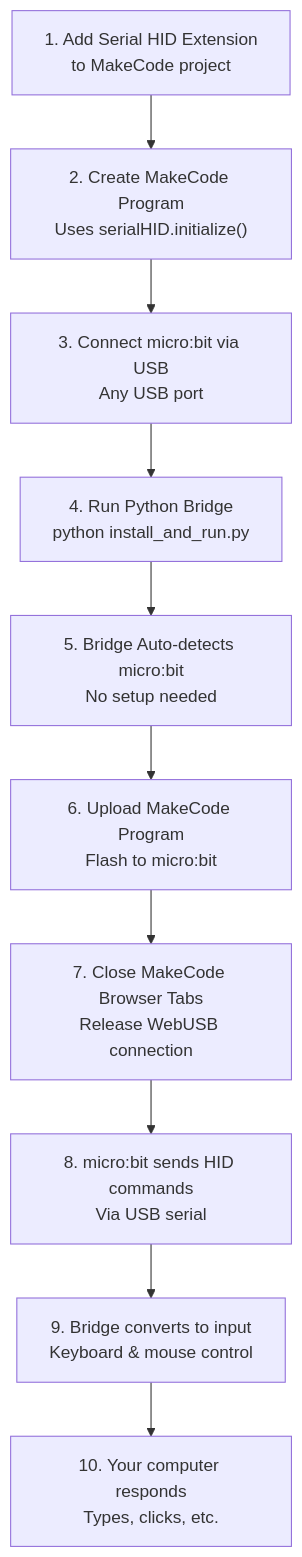
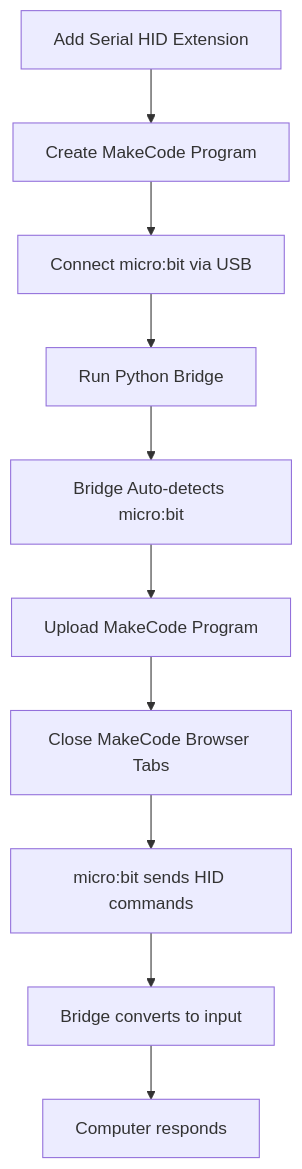
One commit to evotions/KeyboardEmu-for-BBC-Microbit changed the second of 2 diagrams in README.md. Above: the diagram before and after it, drawn with Mermaid.

````diff
--- a/README.md
+++ b/README.md
@@ -36,12 +36,12 @@
 ```mermaid
 graph TD
-    A["1. Add Serial HID Extension<br/>to MakeCode project"] --> B["2. Create MakeCode Program<br/>Uses serialHID.initialize()"]
-    B --> C["3. Connect micro:bit via USB<br/>Any USB port"]
-    C --> D["4. Run Python Bridge<br/>python install_and_run.py"]
-    D --> E["5. Bridge Auto-detects micro:bit<br/>No setup needed"]
-    E --> F["6. Upload MakeCode Program<br/>Flash to micro:bit"]
-    F --> G["7. Close MakeCode Browser Tabs<br/>Release WebUSB connection"]
-    G --> H["8. micro:bit sends HID commands<br/>Via USB serial"]
-    H --> I["9. Bridge converts to input<br/>Keyboard & mouse control"]
-    I --> J["10. Your computer responds<br/>Types, clicks, etc."]
+    A[Add Serial HID Extension] --> B[Create MakeCode Program]
+    B --> C[Connect micro:bit via USB]
+    C --> D[Run Python Bridge]
+    D --> E[Bridge Auto-detects micro:bit]
+    E --> F[Upload MakeCode Program]
+    F --> G[Close MakeCode Browser Tabs]
+    G --> H[micro:bit sends HID commands]
+    H --> I[Bridge converts to input]
+    I --> J[Computer responds]
 ```
````
